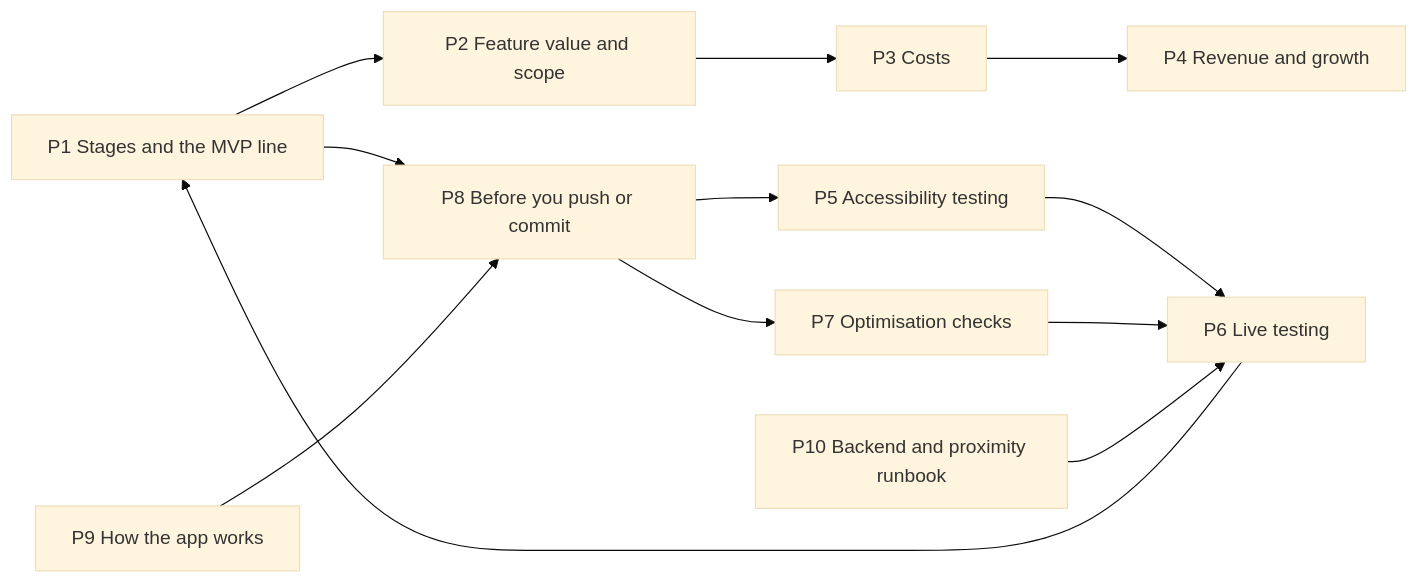
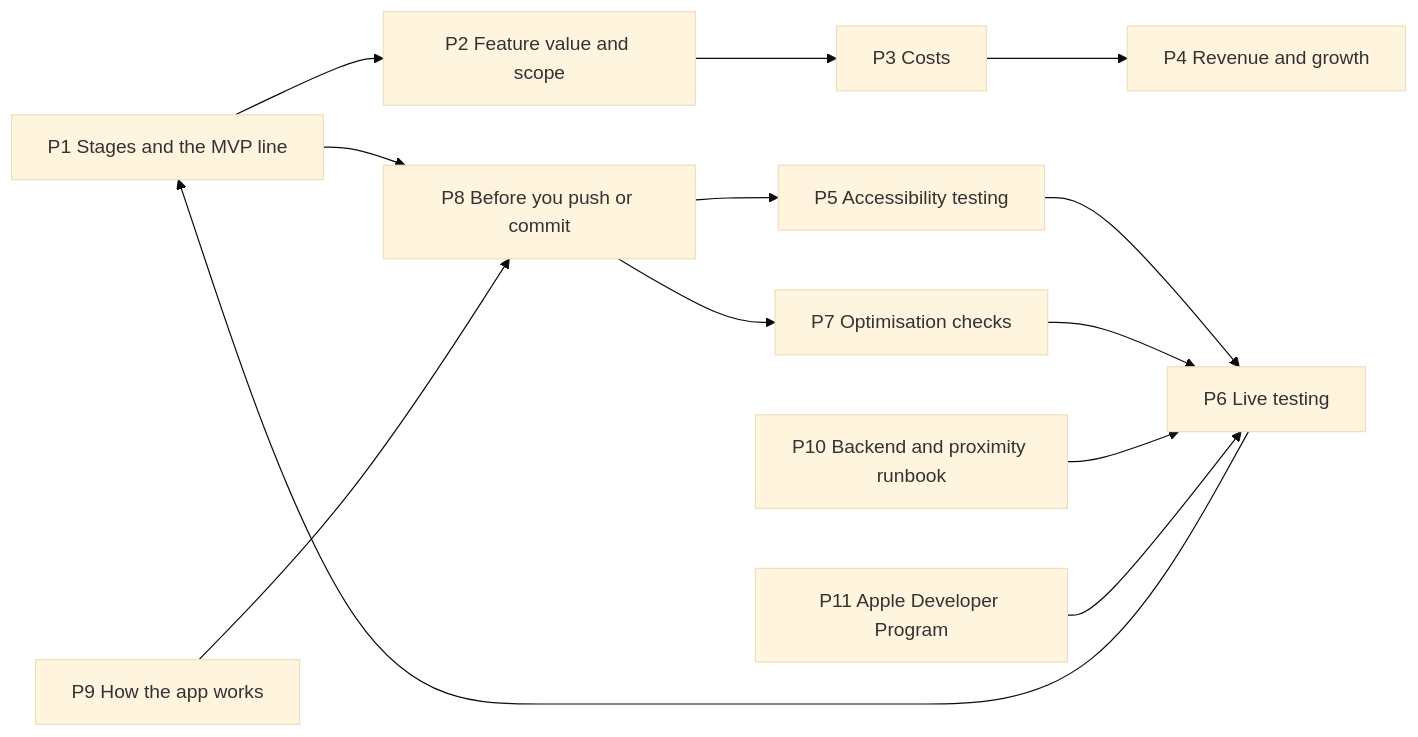
The diagram in docs/vault/process/P0 Product development map.md (Aajos/ThatWay), drawn with Mermaid (base theme) before and after one commit. The commit also changed other lines of this file and 27 other files, not shown here.

First line of the commit message:
Document trace, friends, walkie talkie design and the Apple Developer Program

````diff
--- a/docs/vault/process/P0 Product development map.md
+++ b/docs/vault/process/P0 Product development map.md
@@ -23,14 +23,15 @@
 ```mermaid
 flowchart LR
   P1["P1 Stages and the MVP line"] --> P2["P2 Feature value and scope"]
   P2 --> P3["P3 Costs"]
   P3 --> P4["P4 Revenue and growth"]
   P1 --> P8["P8 Before you push or commit"]
   P8 --> P5["P5 Accessibility testing"]
   P8 --> P7["P7 Optimisation checks"]
   P5 --> P6["P6 Live testing"]
   P7 --> P6
   P6 --> P1
   P9["P9 How the app works"] --> P8
   P10["P10 Backend and proximity runbook"] --> P6
+  P11["P11 Apple Developer Program"] --> P6
 ```
````
